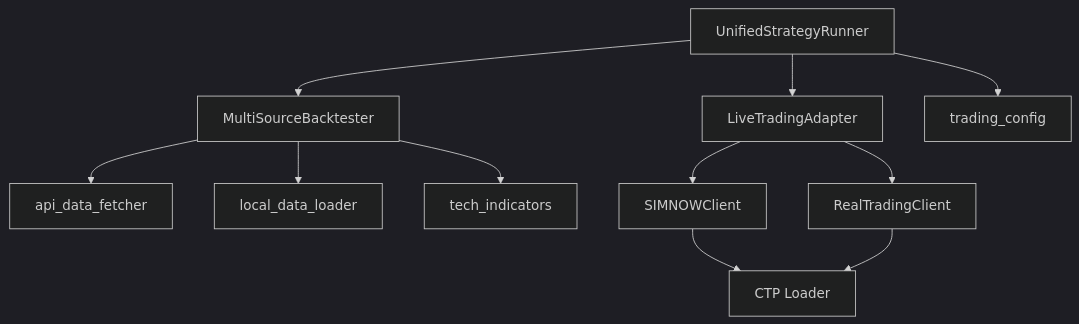
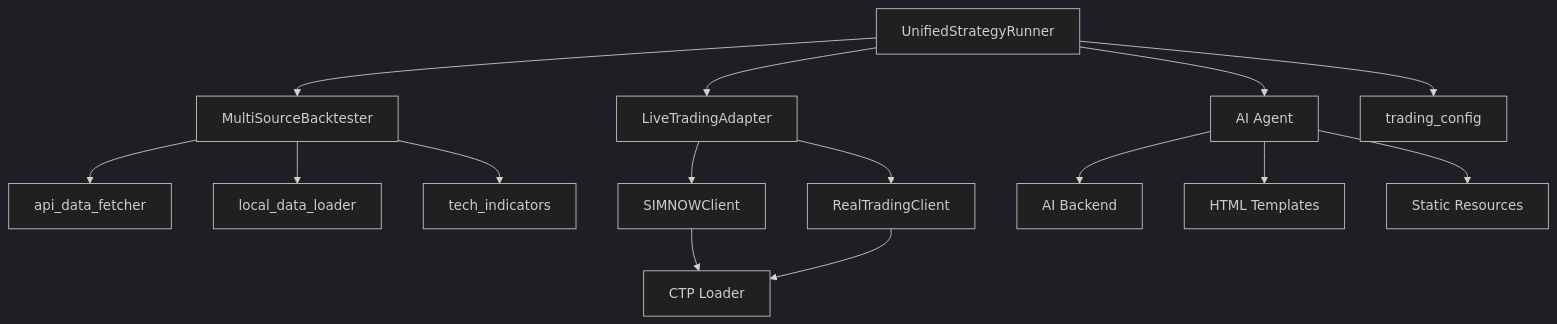
Before and after one commit to maxtwoon/ssquant: the ninth of 9 diagrams in .qoder/repowiki/zh/content/项目概述/项目结构.md, drawn with Mermaid (dark theme). The commit also changed other lines of this file and 21 other files, not shown here.

````diff
--- a/.qoder/repowiki/zh/content/项目概述/项目结构.md
+++ b/.qoder/repowiki/zh/content/项目概述/项目结构.md
@@ -382,13 +466,17 @@
 ```mermaid
 graph TB
 Runner["UnifiedStrategyRunner"] --> Backtest["MultiSourceBacktester"]
 Runner --> Live["LiveTradingAdapter"]
+Runner --> AI["AI Agent"]
 Backtest --> DataAPI["api_data_fetcher"]
 Backtest --> LocalLoader["local_data_loader"]
 Backtest --> Indicators["tech_indicators"]
 Live --> SIMNOW["SIMNOWClient"]
 Live --> Real["RealTradingClient"]
 SIMNOW --> CTP["CTP Loader"]
 Real --> CTP
 Runner --> Config["trading_config"]
+AI --> Backend["AI Backend"]
+AI --> Templates["HTML Templates"]
+AI --> Static["Static Resources"]
 ```
````
